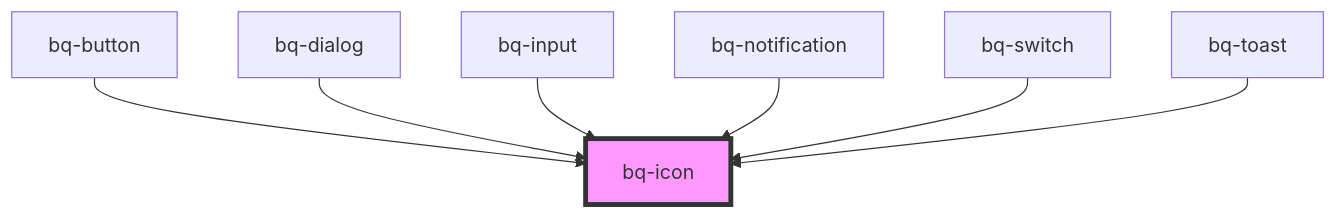
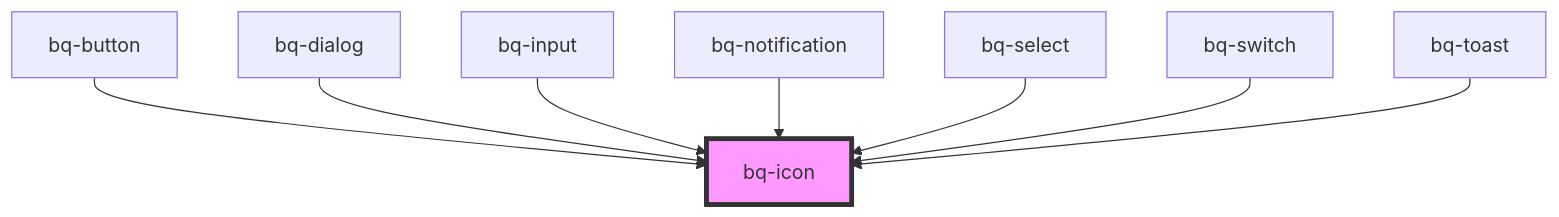
Before and after one commit to Endava/BEEQ: the diagram in packages/bee-q/src/components/icon/readme.md, drawn with Mermaid. The commit also changed other lines of this file and 4 other files, not shown here.

````diff
--- a/packages/bee-q/src/components/icon/readme.md
+++ b/packages/bee-q/src/components/icon/readme.md
@@ -47,10 +48,11 @@
 ```mermaid
 graph TD;
   bq-button --> bq-icon
   bq-dialog --> bq-icon
   bq-input --> bq-icon
   bq-notification --> bq-icon
+  bq-select --> bq-icon
   bq-switch --> bq-icon
   bq-toast --> bq-icon
   style bq-icon fill:#f9f,stroke:#333,stroke-width:4px
 ```
````
